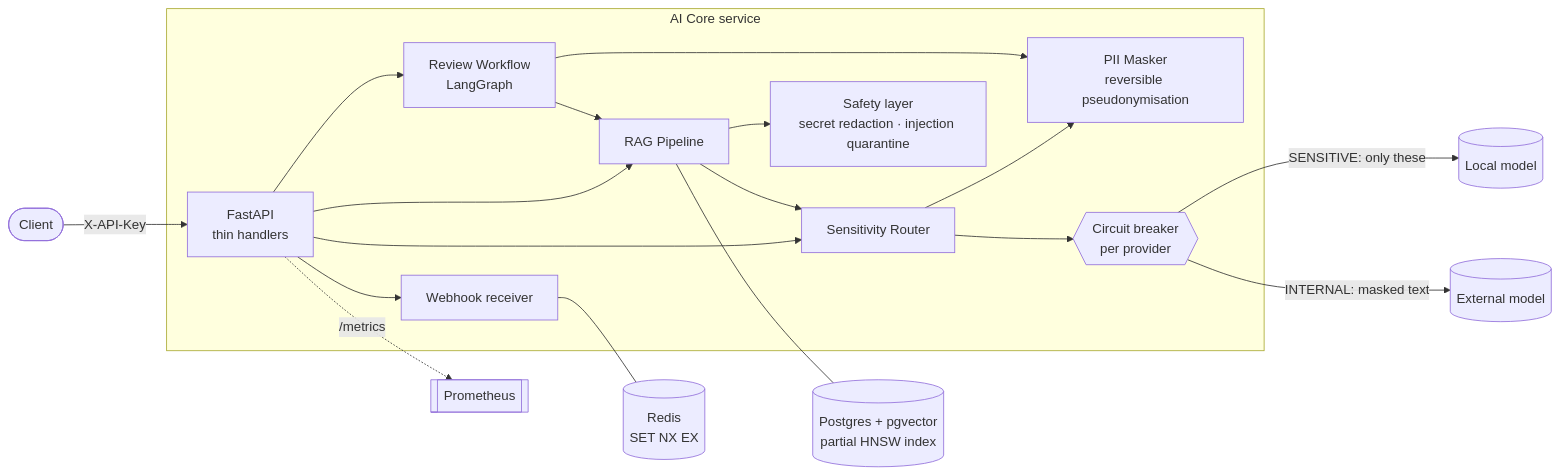
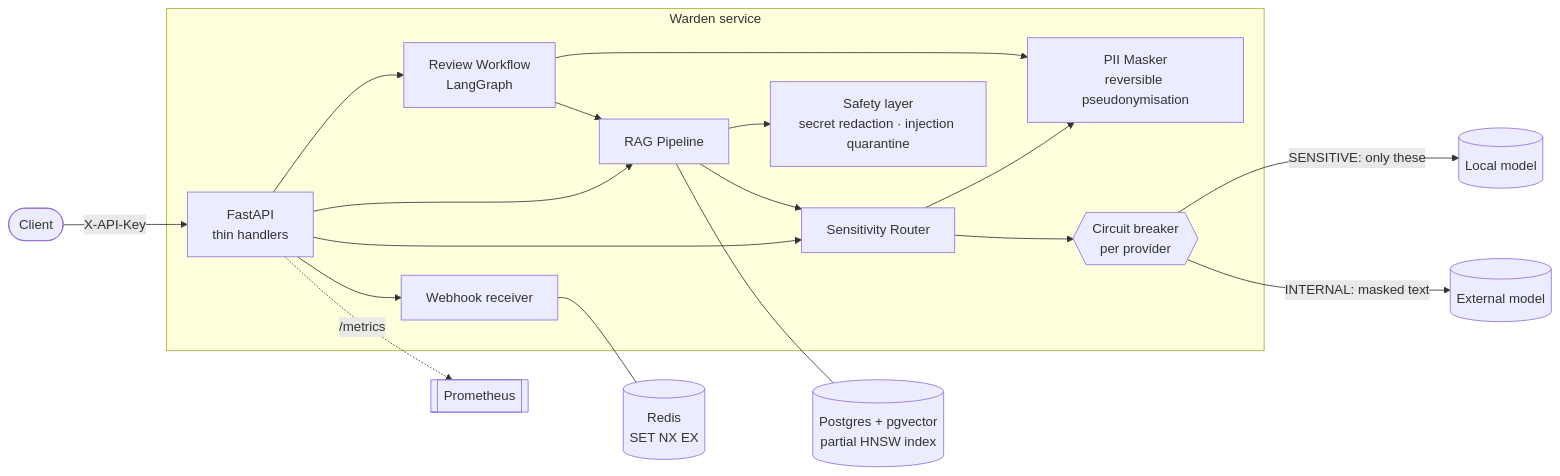
One commit to MenoDK/warden-ai-gateway changed the first of 3 diagrams in README.md. Above: the diagram before and after it, drawn with Mermaid. The commit also changed other lines of this file and 51 other files, not shown here.

````diff
--- a/README.md
+++ b/README.md
@@ -67,25 +96,25 @@
 ```mermaid
 flowchart LR
     client([Client]) -->|X-API-Key| api
 
-    subgraph svc [AI Core service]
+    subgraph svc [Warden service]
         api[FastAPI<br/>thin handlers]
         api --> gw[Sensitivity Router]
         api --> rag[RAG Pipeline]
         api --> wf[Review Workflow<br/>LangGraph]
         api --> wh[Webhook receiver]
 
         gw --> mask[PII Masker<br/>reversible pseudonymisation]
         gw --> cb{{Circuit breaker<br/>per provider}}
         wf --> rag
         wf --> mask
         rag --> gw
         rag --> safety[Safety layer<br/>secret redaction · injection quarantine]
     end
 
     cb -->|SENSITIVE: only these| local[(Local model)]
     cb -->|INTERNAL: masked text| ext[(External model)]
     rag --- store[(Postgres + pgvector<br/>partial HNSW index)]
     wh --- redis[(Redis<br/>SET NX EX)]
     api -. /metrics .-> prom[[Prometheus]]
 ```
````
